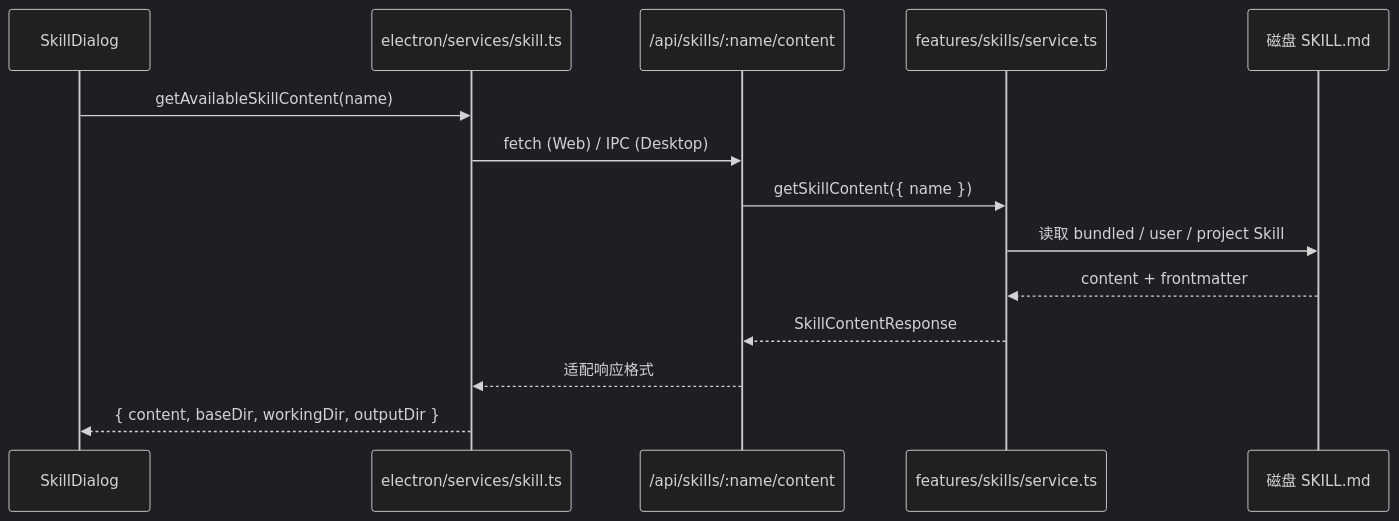
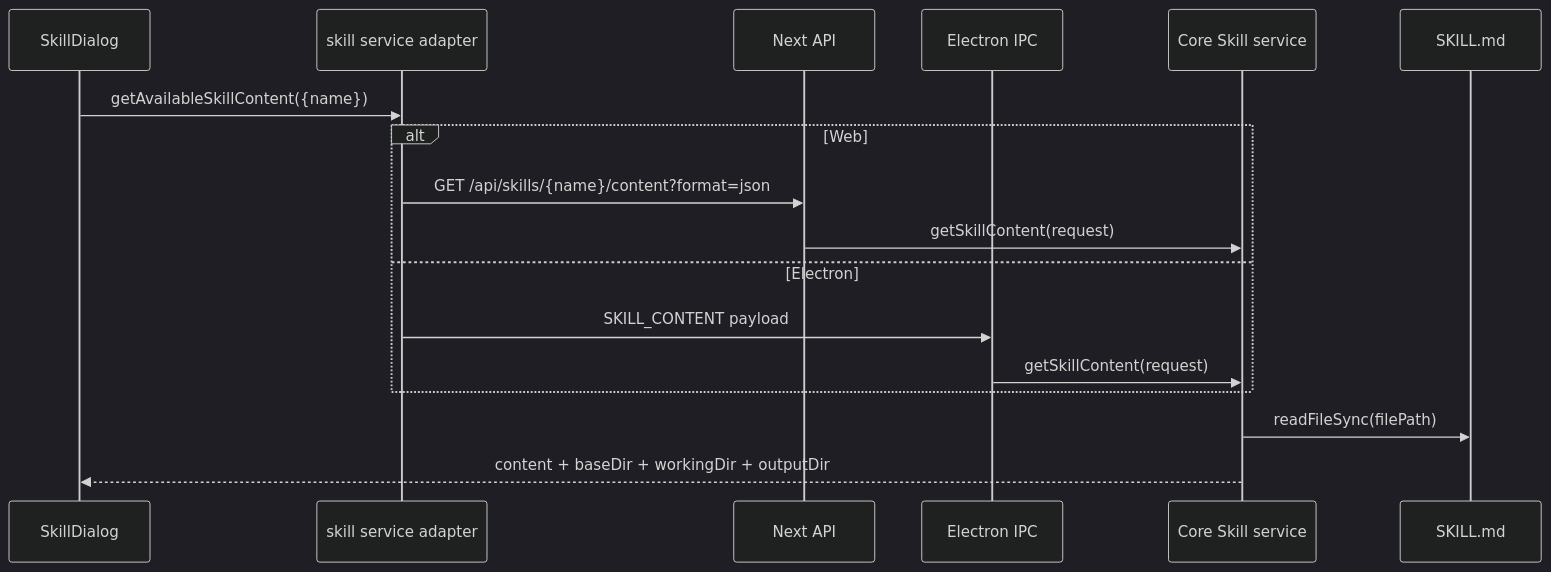
The diagram in learning-note/full-project-course-v2/textbook/part-b-user-operation-chain/B05-skill-content-from-disk-to-ui.md (LavaCourage07/startupOS), drawn with Mermaid (dark theme) before and after one commit. The commit also changed other lines of this file and 560 other files, not shown here.

````diff
--- a/learning-note/full-project-course-v2/textbook/part-b-user-operation-chain/B05-skill-content-from-disk-to-ui.md
+++ b/learning-note/full-project-course-v2/textbook/part-b-user-operation-chain/B05-skill-content-from-disk-to-ui.md
@@ -11,17 +9,20 @@
 ```mermaid
 sequenceDiagram
-    participant UI as SkillDialog
-    participant Adapter as electron/services/skill.ts
-    participant API as /api/skills/:name/content
-    participant Service as features/skills/service.ts
-    participant Disk as 磁盘 SKILL.md
+    participant D as SkillDialog
+    participant A as skill service adapter
+    participant H as Next API
+    participant I as Electron IPC
+    participant C as Core Skill service
+    participant F as SKILL.md
 
-    UI->>Adapter: getAvailableSkillContent(name)
-    Adapter->>API: fetch (Web) / IPC (Desktop)
-    API->>Service: getSkillContent({ name })
-    Service->>Disk: 读取 bundled / user / project Skill
-    Disk-->>Service: content + frontmatter
-    Service-->>API: SkillContentResponse
-    API-->>Adapter: 适配响应格式
-    Adapter-->>UI: { content, baseDir, workingDir, outputDir }
+    D->>A: getAvailableSkillContent({name})
+    alt Web
+      A->>H: GET /api/skills/{name}/content?format=json
+      H->>C: getSkillContent(request)
+    else Electron
+      A->>I: SKILL_CONTENT payload
+      I->>C: getSkillContent(request)
+    end
+    C->>F: readFileSync(filePath)
+    C-->>D: content + baseDir + workingDir + outputDir
 ```
````
